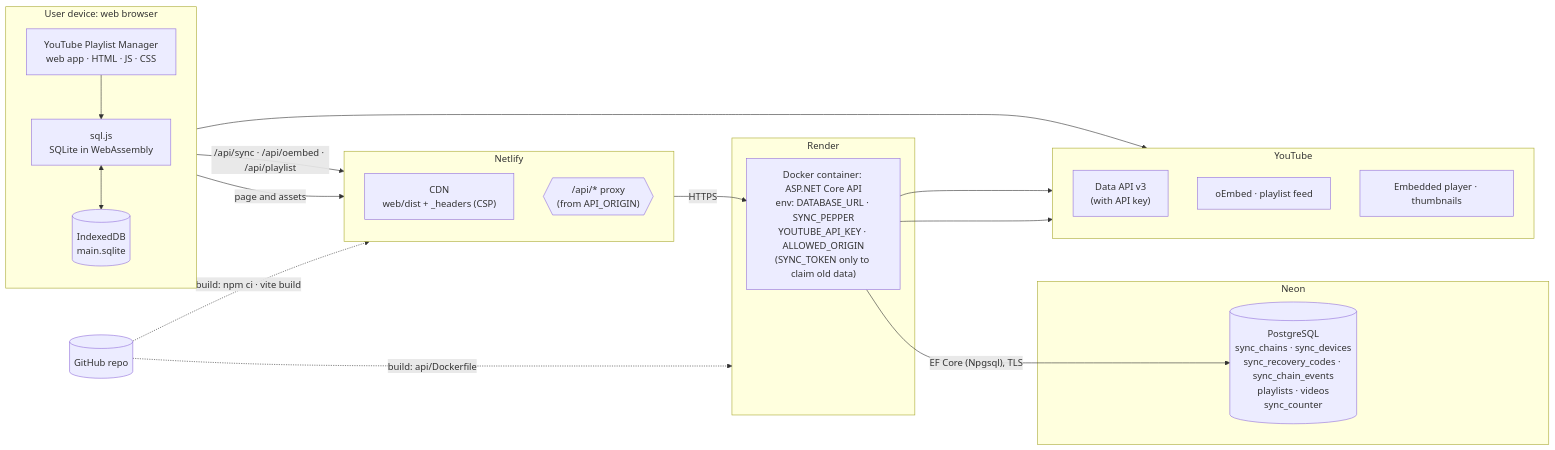
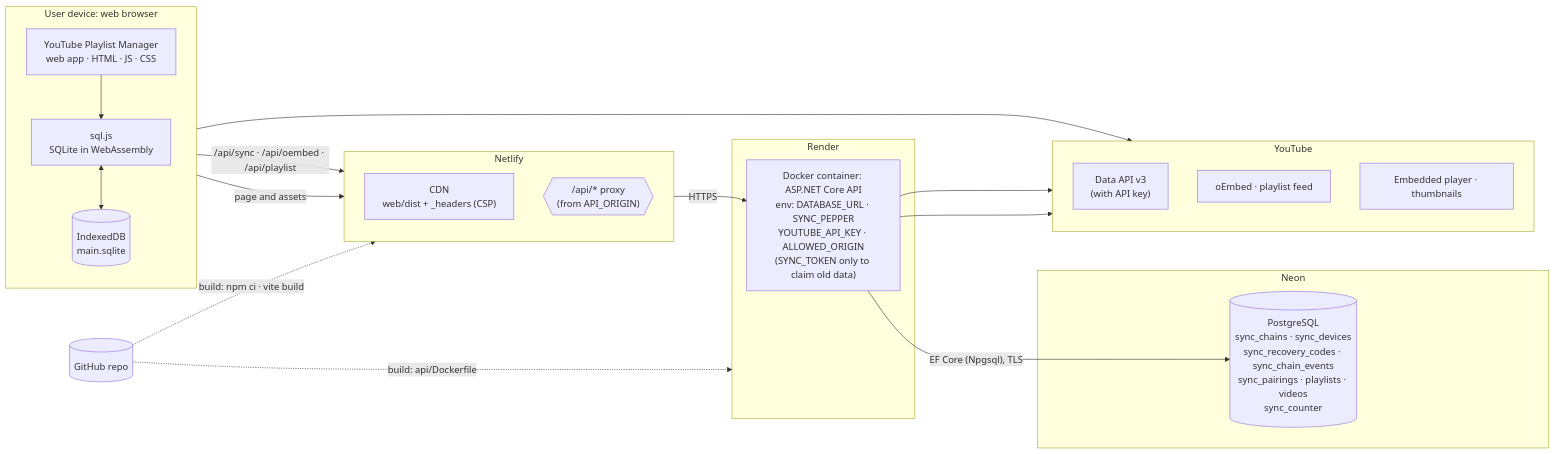
One commit to jestra52/yt-playlist-manager changed the fourth of 4 diagrams in docs/architecture.md. Above: the diagram before and after it, drawn with Mermaid. The commit also changed other lines of this file and 56 other files, not shown here.

First line of the commit message:
Sync chain pairing: add a device with a short code approved on a connected device

````diff
--- a/docs/architecture.md
+++ b/docs/architecture.md
@@ -164,42 +203,42 @@
 ```mermaid
 flowchart LR
     subgraph device["User device: web browser"]
         direction TB
         spa["YouTube Playlist Manager<br/>web app · HTML · JS · CSS"]
         wasm["sql.js<br/>SQLite in WebAssembly"]
         idb[("IndexedDB<br/>main.sqlite")]
         spa --> wasm <--> idb
     end
 
     subgraph netlify["Netlify"]
         direction TB
         cdn["CDN<br/>web/dist + _headers (CSP)"]
         redirect{{"/api/* proxy<br/>(from API_ORIGIN)"}}
     end
 
     subgraph render["Render"]
         container["Docker container: ASP.NET Core API<br/>env: DATABASE_URL · SYNC_PEPPER<br/>YOUTUBE_API_KEY · ALLOWED_ORIGIN<br/>(SYNC_TOKEN only to claim old data)"]
     end
 
     subgraph neon["Neon"]
-        postgres[("PostgreSQL<br/>sync_chains · sync_devices<br/>sync_recovery_codes · sync_chain_events<br/>playlists · videos<br/>sync_counter")]
+        postgres[("PostgreSQL<br/>sync_chains · sync_devices<br/>sync_recovery_codes · sync_chain_events<br/>sync_pairings · playlists · videos<br/>sync_counter")]
     end
 
     subgraph youtube["YouTube"]
         direction TB
         dataApi["Data API v3<br/>(with API key)"]
         ytPublic["oEmbed · playlist feed"]
         media["Embedded player · thumbnails"]
     end
 
     spa -- "page and assets" --> cdn
     spa -- "/api/sync · /api/oembed · /api/playlist" --> redirect
     redirect -- "HTTPS" --> container
     container -- "EF Core (Npgsql), TLS" --> postgres
     container --> dataApi & ytPublic
     spa --> media
 
     github[("GitHub repo")]
     github -. "build: npm ci · vite build" .-> netlify
     github -. "build: api/Dockerfile" .-> render
 ```
````
